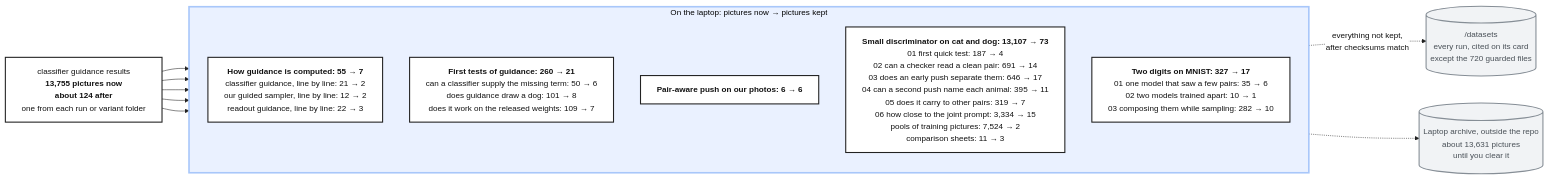
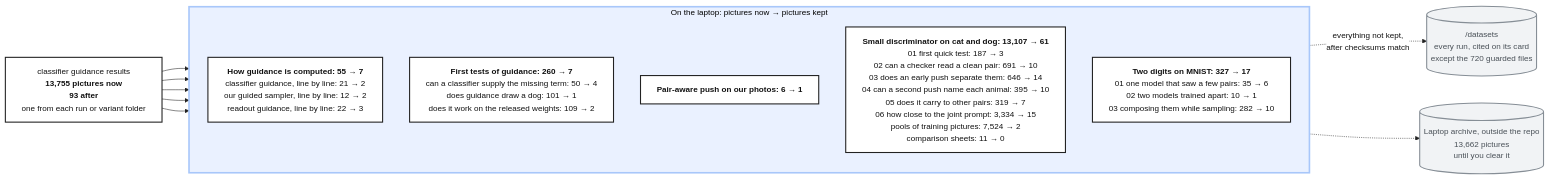
The diagram in artifacts/notes/progress/organise-tree.mmd (mo-rsa24/concept-composition), drawn with Mermaid before and after one commit. The commit also changed 2 other files, not shown here.

```diff
--- a/artifacts/notes/progress/organise-tree.mmd
+++ b/artifacts/notes/progress/organise-tree.mmd
@@ -1,27 +1,27 @@
 %%{init: {'theme': 'base', 'flowchart': {'wrappingWidth': 760}, 'themeVariables': {'fontFamily': 'monospace', 'fontSize': '15px', 'primaryColor': '#ffffff', 'primaryBorderColor': '#222222', 'primaryTextColor': '#111111', 'lineColor': '#222222'}}}%%
 flowchart LR
   classDef plain fill:#ffffff,stroke:#222222,stroke-width:2px,color:#111111
   classDef out fill:#f1f3f5,stroke:#868e96,stroke-width:2px,color:#495057
 
-  R["classifier guidance results<br/><b>13,755 pictures now</b><br/><b>about 124 after</b><br/>one from each run or variant folder"]:::plain
+  R["classifier guidance results<br/><b>13,755 pictures now</b><br/><b>93 after</b><br/>one from each run or variant folder"]:::plain
 
   subgraph NEXT["On the laptop: pictures now → pictures kept"]
     direction TB
     A["<b>How guidance is computed: 55 → 7</b><br/>classifier guidance, line by line: 21 → 2<br/>our guided sampler, line by line: 12 → 2<br/>readout guidance, line by line: 22 → 3"]:::plain
-    B["<b>First tests of guidance: 260 → 21</b><br/>can a classifier supply the missing term: 50 → 6<br/>does guidance draw a dog: 101 → 8<br/>does it work on the released weights: 109 → 7"]:::plain
-    C["<b>Pair-aware push on our photos: 6 → 6</b>"]:::plain
-    D["<b>Small discriminator on cat and dog: 13,107 → 73</b><br/>01 first quick test: 187 → 4<br/>02 can a checker read a clean pair: 691 → 14<br/>03 does an early push separate them: 646 → 17<br/>04 can a second push name each animal: 395 → 11<br/>05 does it carry to other pairs: 319 → 7<br/>06 how close to the joint prompt: 3,334 → 15<br/>pools of training pictures: 7,524 → 2<br/>comparison sheets: 11 → 3"]:::plain
+    B["<b>First tests of guidance: 260 → 7</b><br/>can a classifier supply the missing term: 50 → 4<br/>does guidance draw a dog: 101 → 1<br/>does it work on the released weights: 109 → 2"]:::plain
+    C["<b>Pair-aware push on our photos: 6 → 1</b>"]:::plain
+    D["<b>Small discriminator on cat and dog: 13,107 → 61</b><br/>01 first quick test: 187 → 3<br/>02 can a checker read a clean pair: 691 → 10<br/>03 does an early push separate them: 646 → 14<br/>04 can a second push name each animal: 395 → 10<br/>05 does it carry to other pairs: 319 → 7<br/>06 how close to the joint prompt: 3,334 → 15<br/>pools of training pictures: 7,524 → 2<br/>comparison sheets: 11 → 0"]:::plain
     E["<b>Two digits on MNIST: 327 → 17</b><br/>01 one model that saw a few pairs: 35 → 6<br/>02 two models trained apart: 10 → 1<br/>03 composing them while sampling: 282 → 10"]:::plain
   end
 
   X[("/datasets<br/>every run, cited on its card<br/>except the 720 guarded files")]:::out
-  Y[("Laptop archive, outside the repo<br/>about 13,631 pictures<br/>until you clear it")]:::out
+  Y[("Laptop archive, outside the repo<br/>13,662 pictures<br/>until you clear it")]:::out
 
   R --> A
   R --> B
   R --> C
   R --> D
   R --> E
   NEXT -.->|"everything not kept,<br/>after checksums match"| X
   NEXT -.-> Y
   style NEXT fill:#eaf1ff,stroke:#a8c7fa,stroke-width:3px
```
